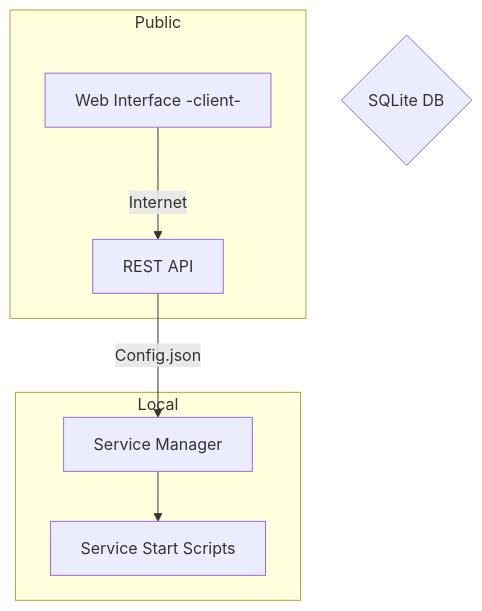
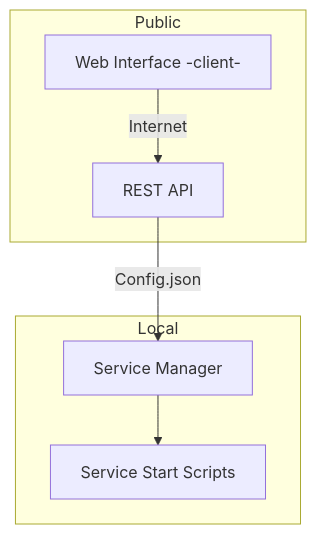
One commit to Kevin-Dohmen/VPS-Service-Manager changed the diagram in README.md. Above: the diagram before and after it, drawn with Mermaid.

````diff
--- a/README.md
+++ b/README.md
@@ -11,17 +11,16 @@
 ```mermaid
 graph TB;
     WI[Web Interface -client-]
     API[REST API]
     SM[Service Manager]
     SS[Service Start Scripts]
-    DB{SQLite DB}
 
     subgraph Public
     WI-->|Internet|API
     end
 
     subgraph Local
     API-->|Config.json|SM
     SM-->SS
     end
 ```
````
